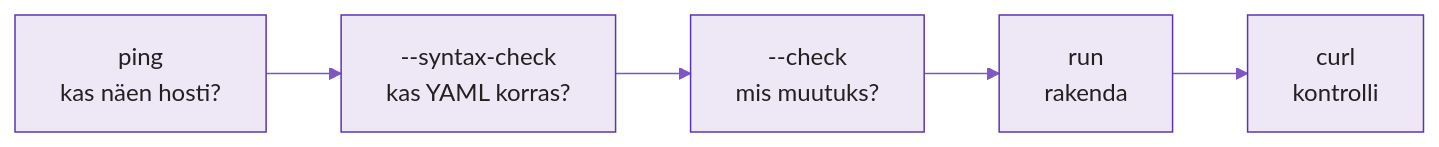
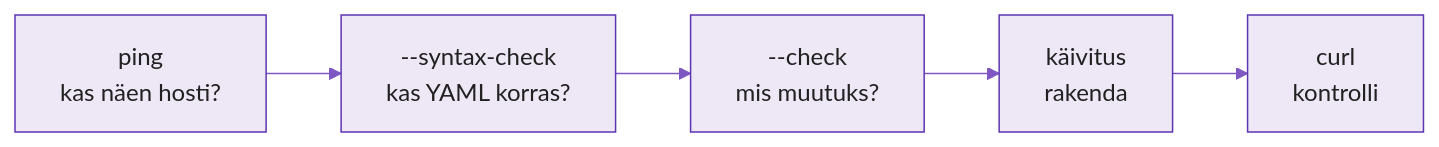
One commit to hkhk-automation/devops changed the fifth of 5 diagrams in docs/week03/lecture.md. Above: the diagram before and after it, drawn with Mermaid. The commit also changed other lines of this file and 12 other files, not shown here.

````diff
--- a/docs/week03/lecture.md
+++ b/docs/week03/lecture.md
@@ -824,8 +822,8 @@
 ```mermaid
 %%{init: {'theme':'base','themeVariables':{'primaryColor':'#ede7f6','primaryBorderColor':'#5e35b1','primaryTextColor':'#212121','lineColor':'#7e57c2'}}}%%
 graph LR
     A["ping<br/>kas näen hosti?"] --> B["--syntax-check<br/>kas YAML korras?"]
     B --> C["--check<br/>mis muutuks?"]
-    C --> D["run<br/>rakenda"]
+    C --> D["käivitus<br/>rakenda"]
     D --> E["curl<br/>kontrolli"]
 ```
````
